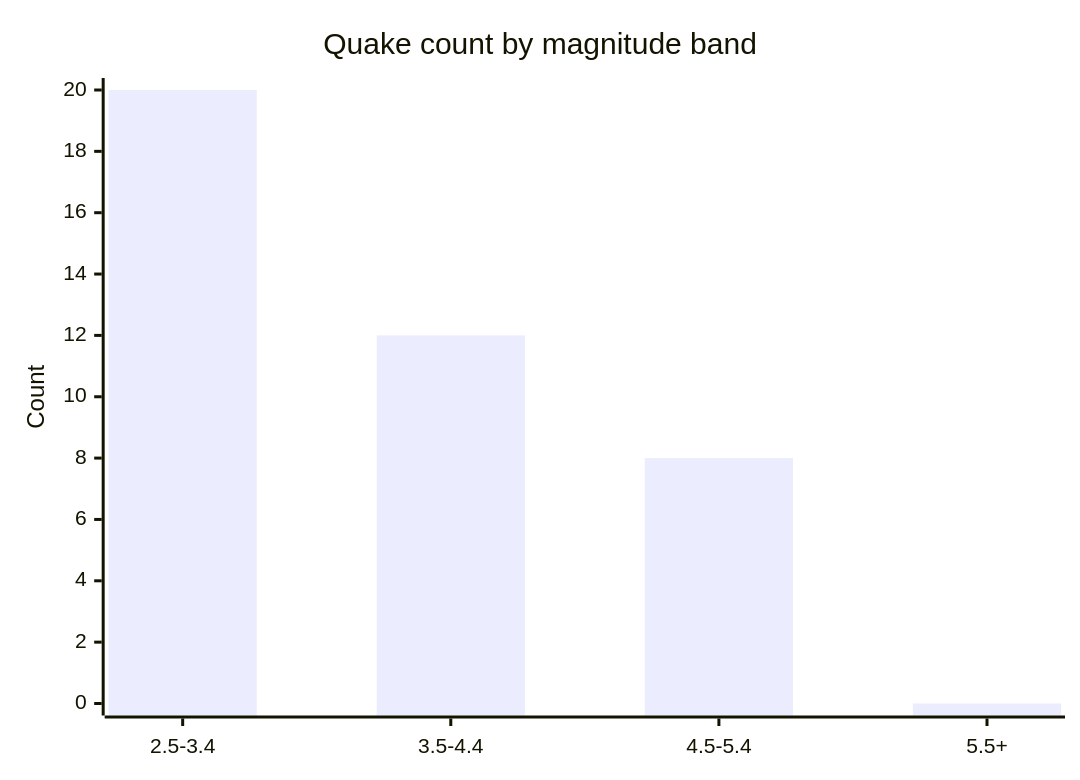
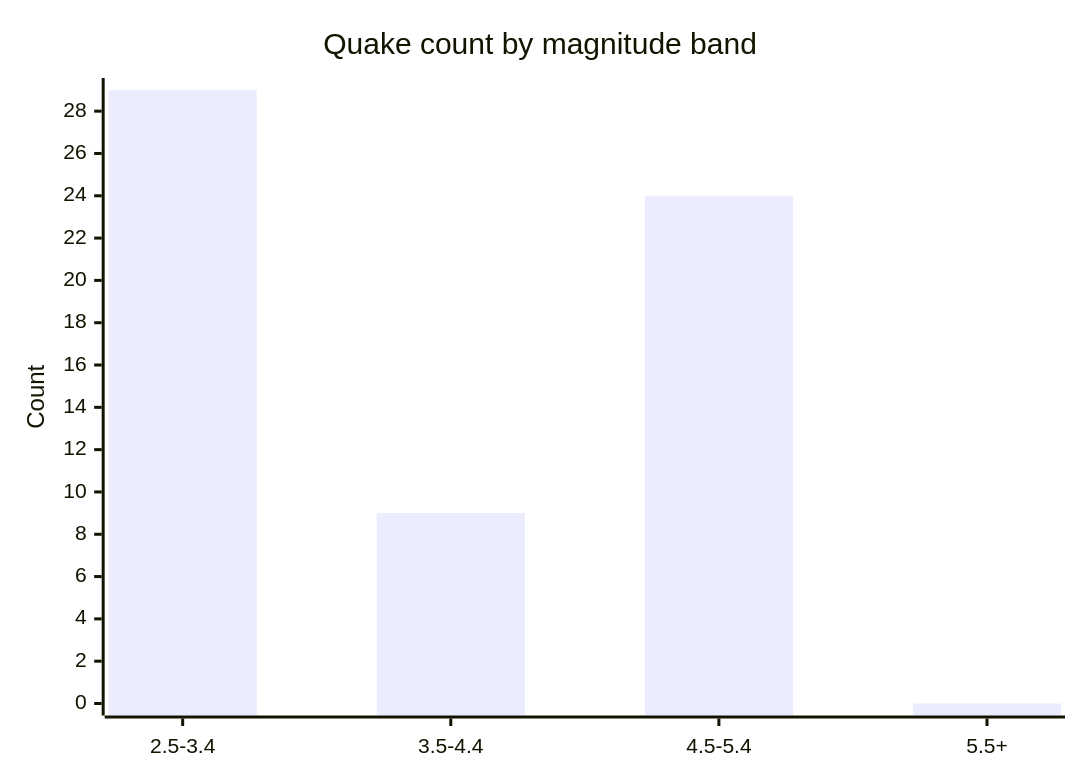
Before and after one commit to Midwest-Stratospheric/aerostratospheric-defense-gir: the fifth of 6 diagrams in docs/GRAPHS.md, drawn with Mermaid. The commit also changed other lines of this file and 24 other files, not shown here.

````diff
--- a/docs/GRAPHS.md
+++ b/docs/GRAPHS.md
@@ -82,7 +82,7 @@
 ```mermaid
 xychart-beta
   title "Quake count by magnitude band"
   x-axis ["2.5-3.4", "3.5-4.4", "4.5-5.4", "5.5+"]
-  y-axis "Count" 0 --> 20
-  bar [20, 12, 8, 0]
+  y-axis "Count" 0 --> 29
+  bar [29, 9, 24, 0]
 ```
````
